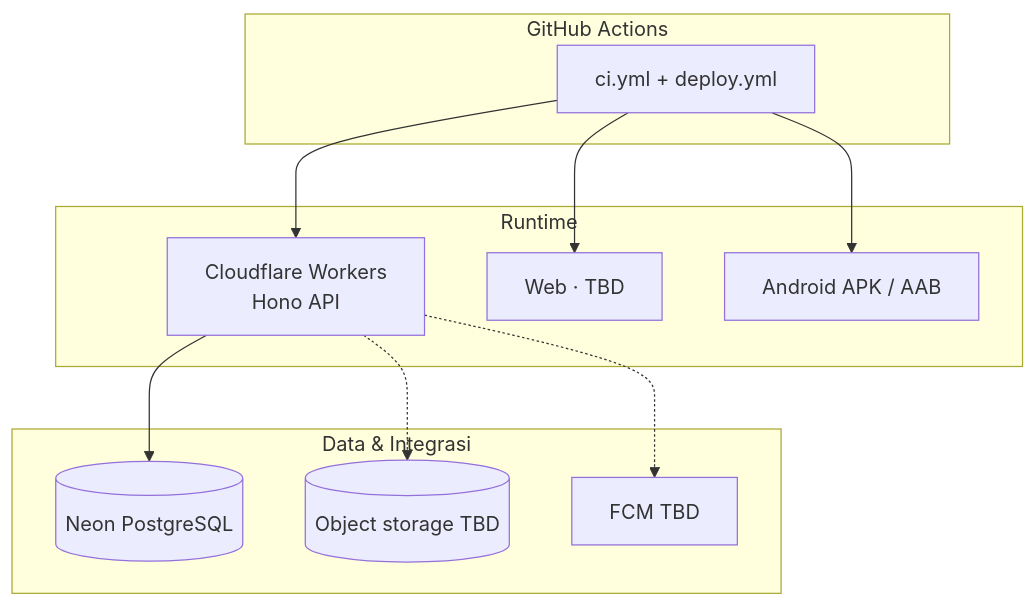
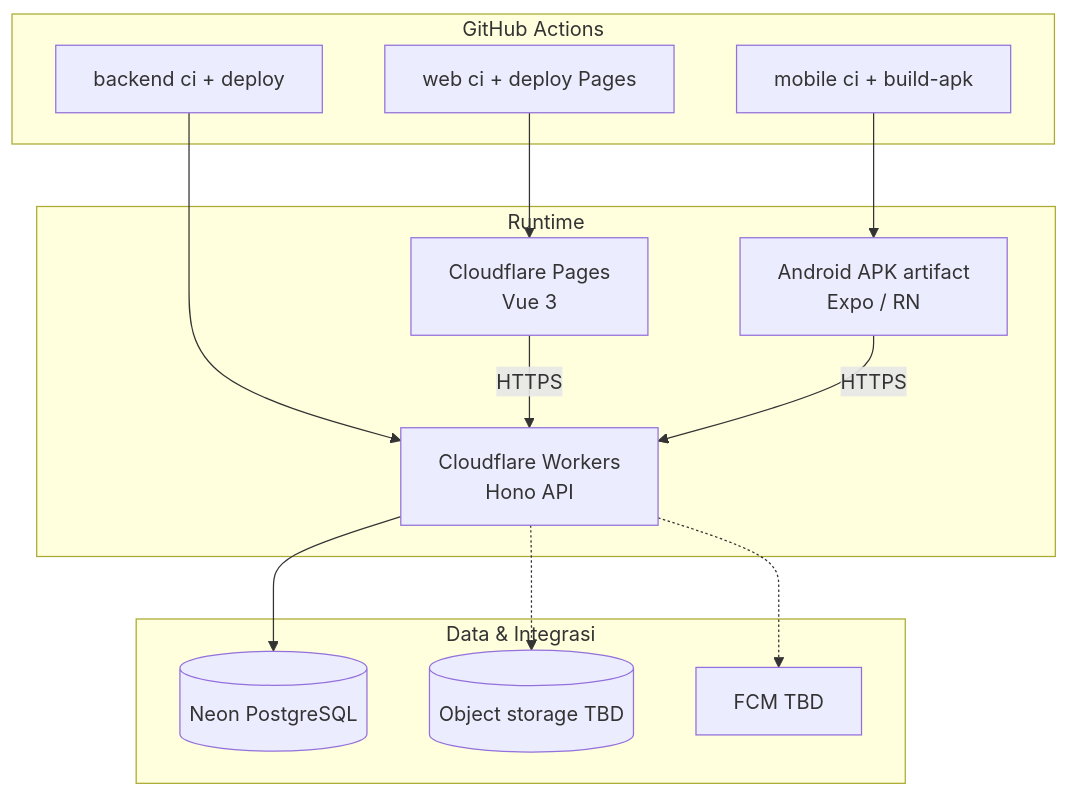
Before and after one commit to Capstone-Project-Team-B-2026/docs: the sixth of 6 diagrams in docs/infrastructure.md, drawn with Mermaid. The commit also changed other lines of this file and 7 other files, not shown here.

First line of the commit message:
docs: add setup/git guides and align stacks to RN Expo + CF Pages

````diff
--- a/docs/infrastructure.md
+++ b/docs/infrastructure.md
@@ -371,25 +390,29 @@
 ```mermaid
 flowchart TB
   subgraph CI_CD[GitHub Actions]
-    GH[ci.yml + deploy.yml]
+    BE[backend ci + deploy]
+    WEBCI[web ci + deploy Pages]
+    MOBCI[mobile ci + build-apk]
   end
 
   subgraph Runtime
     API[Cloudflare Workers<br/>Hono API]
-    WEB[Web · TBD]
-    MOB[Android APK / AAB]
+    WEB[Cloudflare Pages<br/>Vue 3]
+    MOB[Android APK artifact<br/>Expo / RN]
   end
 
   subgraph DataPlane[Data & Integrasi]
     DB[(Neon PostgreSQL)]
     Store[(Object storage TBD)]
     FCM[FCM TBD]
   end
 
-  GH --> API
-  GH --> WEB
-  GH --> MOB
+  BE --> API
+  WEBCI --> WEB
+  MOBCI --> MOB
+  WEB -->|HTTPS| API
+  MOB -->|HTTPS| API
   API --> DB
   API -.-> Store
   API -.-> FCM
 ```
````
